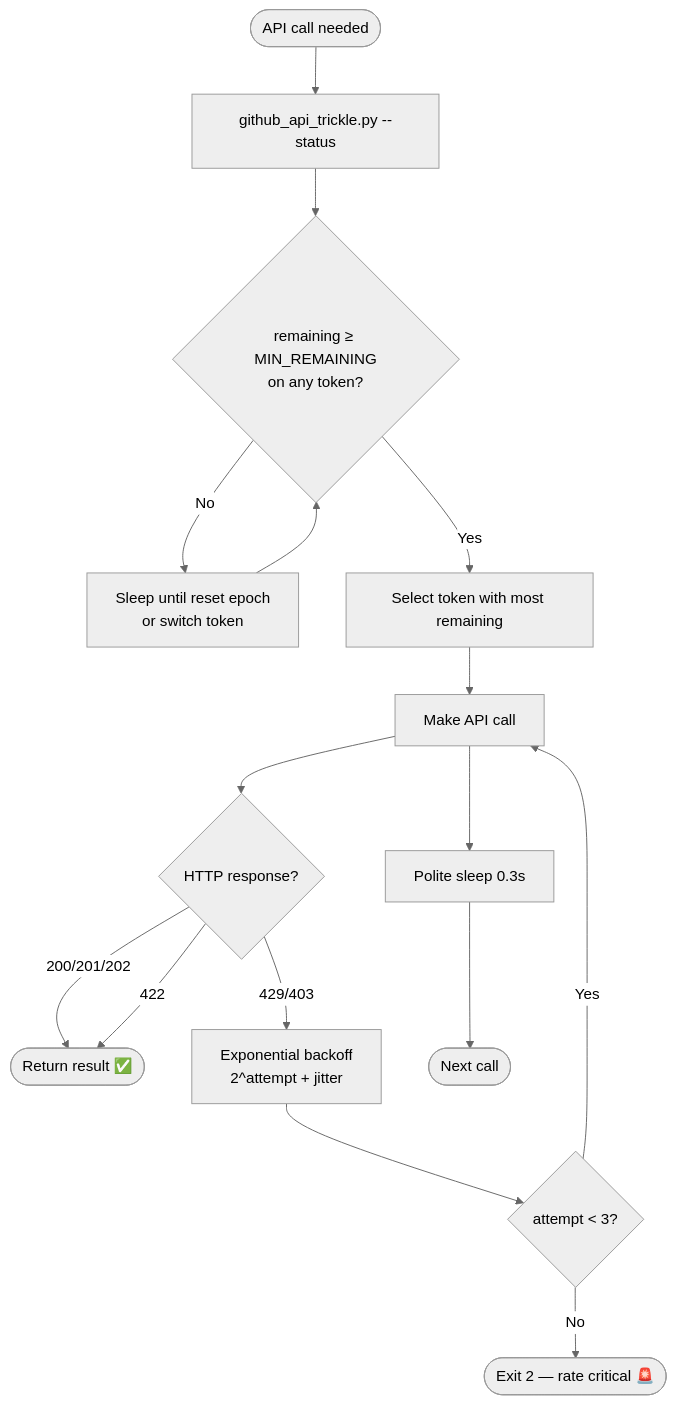
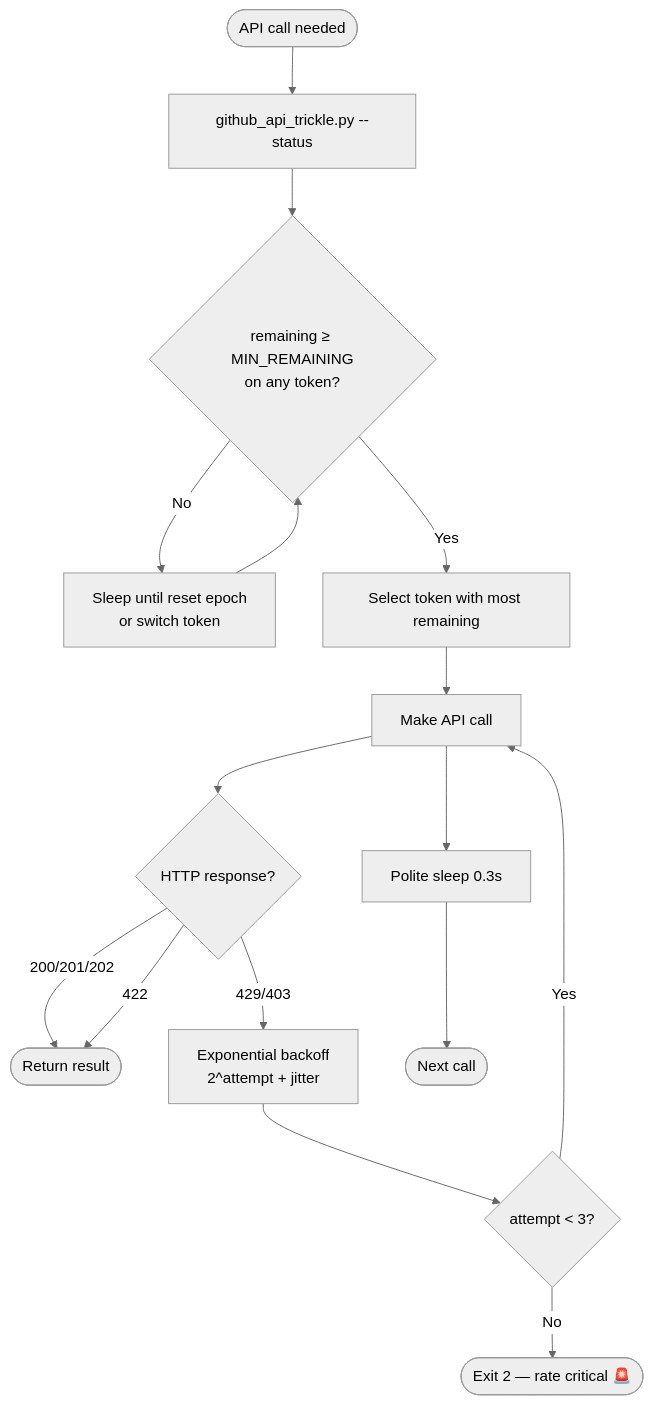
One commit to Aries-Serpent/_codex_ changed the sixth of 7 diagrams in docs/plans/COPILOT_SESSION_HANDOFF_DESIGN.md. Above: the diagram before and after it, drawn with Mermaid (neutral theme). The commit also changed other lines of this file and 2029 other files, not shown here.

````diff
--- a/docs/plans/COPILOT_SESSION_HANDOFF_DESIGN.md
+++ b/docs/plans/COPILOT_SESSION_HANDOFF_DESIGN.md
@@ -315,25 +317,25 @@
 ```mermaid
 %%{init: {'accessibility': {'title': 'Flowchart showing API call needed, github_api_trickle.py --status'}}%%
 flowchart TD
     START([API call needed]) --> CHECK[github_api_trickle.py --status]
 
     CHECK --> R1{remaining ≥ MIN_REMAINING\non any token?}
 
     R1 -- No --> WAIT[Sleep until reset epoch\nor switch token]
     WAIT --> R1
 
     R1 -- Yes --> SELECT[Select token with most remaining]
     SELECT --> CALL[Make API call]
 
     CALL --> RESP{HTTP response?}
-    RESP -- 200/201/202 --> SUCCESS([Return result ✅])
+    RESP -- 200/201/202 --> SUCCESS([Return result ])
     RESP -- 429/403 --> BACKOFF[Exponential backoff\n2^attempt + jitter]
     BACKOFF --> RETRY{attempt < 3?}
     RETRY -- Yes --> CALL
     RETRY -- No --> FAIL([Exit 2 — rate critical 🚨])
 
     RESP -- 422 --> SUCCESS
 
     CALL --> SLEEP[Polite sleep 0.3s]
     SLEEP --> NEXTCALL([Next call])
 ```
````
